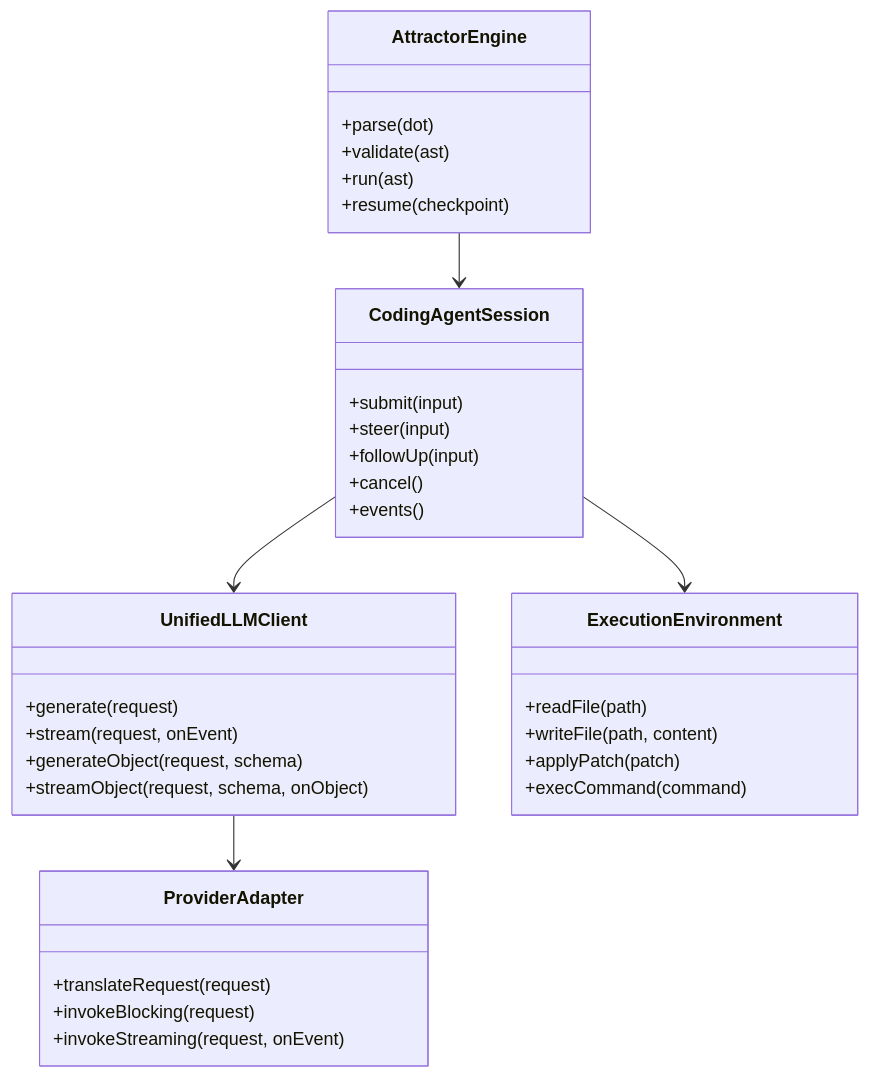
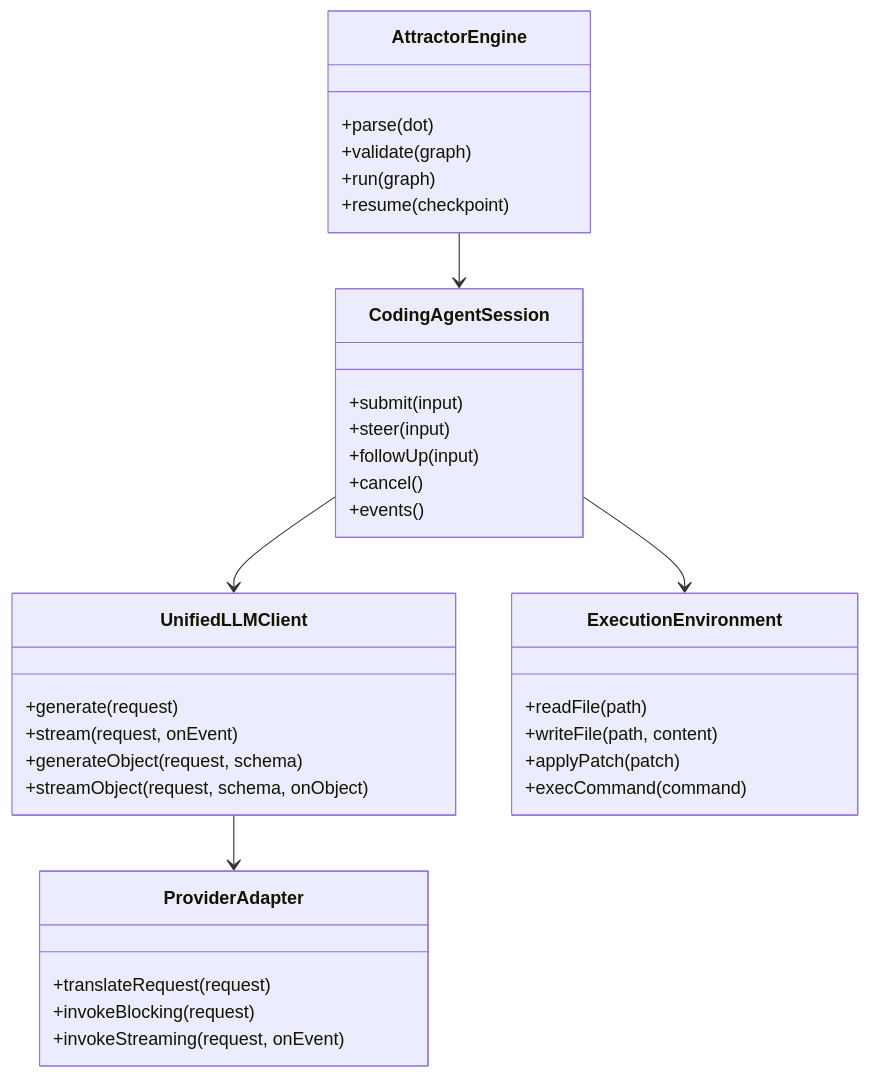
The first of 5 diagrams in docs/sprints/SPRINT-003-close-spec-parity-tcl.md (jaytaylor/attractor-tcl), drawn with Mermaid before and after one commit. The commit also changed other lines of this file, not shown here.

````diff
--- a/docs/sprints/SPRINT-003-close-spec-parity-tcl.md
+++ b/docs/sprints/SPRINT-003-close-spec-parity-tcl.md
@@ -967,42 +420,42 @@
 ```mermaid
 classDiagram
   class UnifiedLLMClient {
     +generate(request)
     +stream(request, onEvent)
     +generateObject(request, schema)
     +streamObject(request, schema, onObject)
   }
 
   class ProviderAdapter {
     +translateRequest(request)
     +invokeBlocking(request)
     +invokeStreaming(request, onEvent)
   }
 
   class CodingAgentSession {
     +submit(input)
     +steer(input)
     +followUp(input)
     +cancel()
     +events()
   }
 
   class ExecutionEnvironment {
     +readFile(path)
     +writeFile(path, content)
     +applyPatch(patch)
     +execCommand(command)
   }
 
   class AttractorEngine {
     +parse(dot)
-    +validate(ast)
-    +run(ast)
+    +validate(graph)
+    +run(graph)
     +resume(checkpoint)
   }
 
   UnifiedLLMClient --> ProviderAdapter
   CodingAgentSession --> UnifiedLLMClient
   CodingAgentSession --> ExecutionEnvironment
   AttractorEngine --> CodingAgentSession
 ```
````
